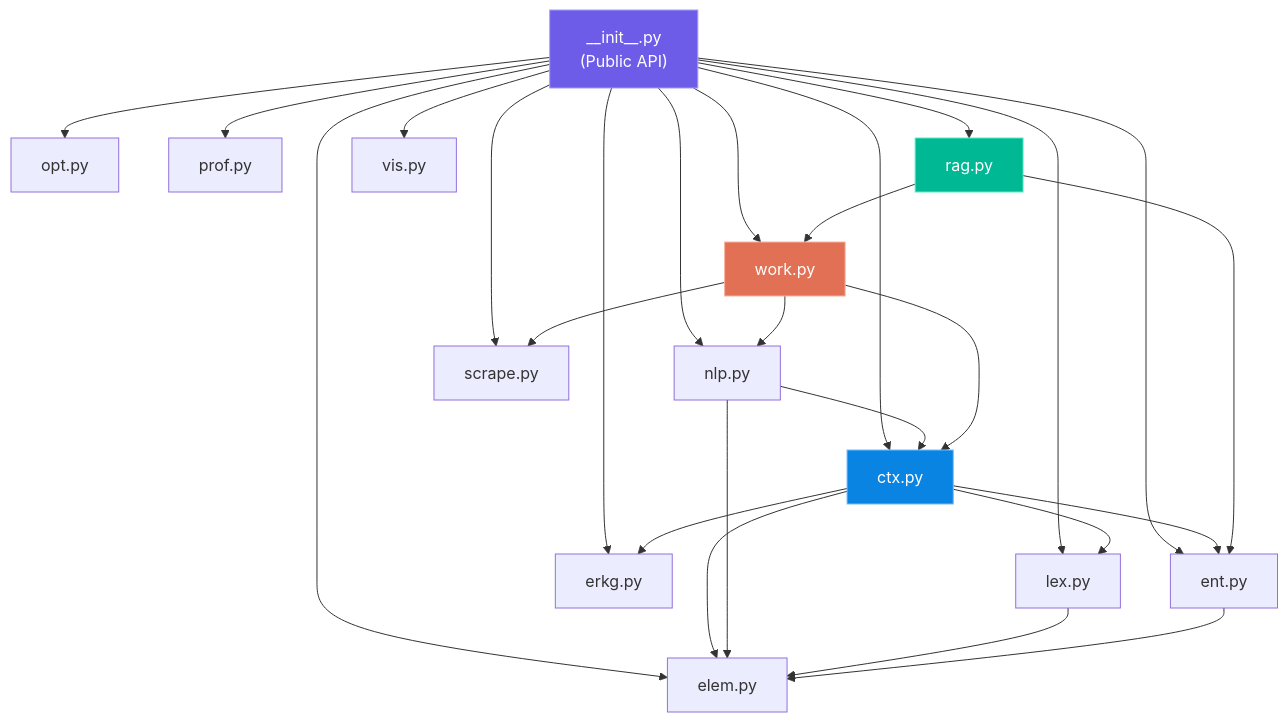
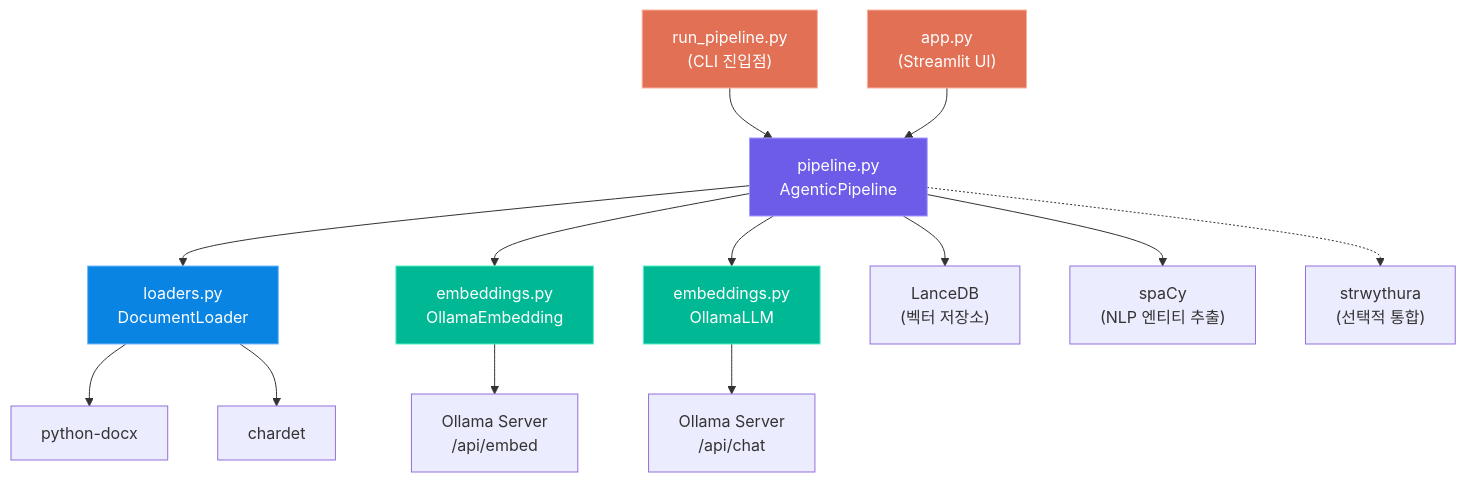
One commit to laurus-kpa007/GraphRAG-Senzing changed the fifth of 7 diagrams in docs/01_project_structure_and_flow.md. Above: the diagram before and after it, drawn with Mermaid. The commit also changed other lines of this file and 4 other files, not shown here.

````diff
--- a/docs/01_project_structure_and_flow.md
+++ b/docs/01_project_structure_and_flow.md
@@ -305,40 +286,30 @@
 ```mermaid
 graph TD
-    INIT["__init__.py<br/>(Public API)"]
+    CLI["run_pipeline.py<br/>(CLI 진입점)"]
+    APP["app.py<br/>(Streamlit UI)"]
 
-    INIT --> CTX_M["ctx.py"]
-    INIT --> ELEM_M["elem.py"]
-    INIT --> ENT_M["ent.py"]
-    INIT --> ERKG_M["erkg.py"]
-    INIT --> LEX_M["lex.py"]
-    INIT --> NLP_M["nlp.py"]
-    INIT --> OPT_M["opt.py"]
-    INIT --> PROF_M["prof.py"]
-    INIT --> RAG_M["rag.py"]
-    INIT --> SCRAPE_M["scrape.py"]
-    INIT --> VIS_M["vis.py"]
-    INIT --> WORK_M["work.py"]
+    CLI --> PIPELINE
+    APP --> PIPELINE
 
-    CTX_M --> ELEM_M
-    CTX_M --> ENT_M
-    CTX_M --> ERKG_M
-    CTX_M --> LEX_M
+    PIPELINE["pipeline.py<br/>AgenticPipeline"]
+    PIPELINE --> LOADERS["loaders.py<br/>DocumentLoader"]
+    PIPELINE --> EMBED["embeddings.py<br/>OllamaEmbedding"]
+    PIPELINE --> LLM_MOD["embeddings.py<br/>OllamaLLM"]
 
-    NLP_M --> CTX_M
-    NLP_M --> ELEM_M
+    PIPELINE --> LANCE_EXT["LanceDB<br/>(벡터 저장소)"]
+    PIPELINE --> SPACY_EXT["spaCy<br/>(NLP 엔티티 추출)"]
+    PIPELINE -.-> STRW_EXT["strwythura<br/>(선택적 통합)"]
 
-    RAG_M --> WORK_M
-    RAG_M --> ENT_M
+    EMBED --> OLLAMA["Ollama Server<br/>/api/embed"]
+    LLM_MOD --> OLLAMA2["Ollama Server<br/>/api/chat"]
 
-    WORK_M --> CTX_M
-    WORK_M --> NLP_M
-    WORK_M --> SCRAPE_M
+    LOADERS --> DOCX["python-docx"]
+    LOADERS --> CHARDET["chardet"]
 
-    LEX_M --> ELEM_M
-    ENT_M --> ELEM_M
-
-    style INIT fill:#6c5ce7,stroke:#a29bfe,color:#fff
-    style WORK_M fill:#e17055,stroke:#fab1a0,color:#fff
-    style RAG_M fill:#00b894,stroke:#55efc4,color:#fff
-    style CTX_M fill:#0984e3,stroke:#74b9ff,color:#fff
+    style CLI fill:#e17055,stroke:#fab1a0,color:#fff
+    style APP fill:#e17055,stroke:#fab1a0,color:#fff
+    style PIPELINE fill:#6c5ce7,stroke:#a29bfe,color:#fff
+    style LOADERS fill:#0984e3,stroke:#74b9ff,color:#fff
+    style EMBED fill:#00b894,stroke:#55efc4,color:#fff
+    style LLM_MOD fill:#00b894,stroke:#55efc4,color:#fff
 ```
````
